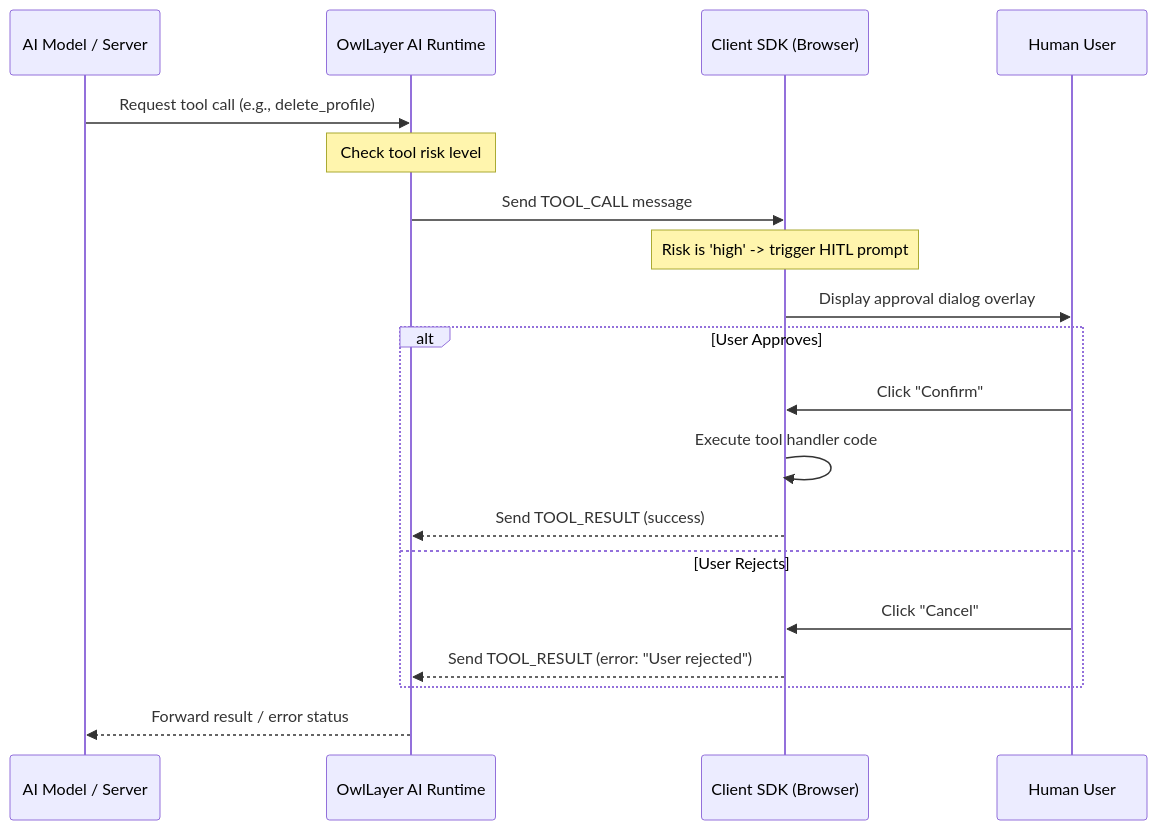
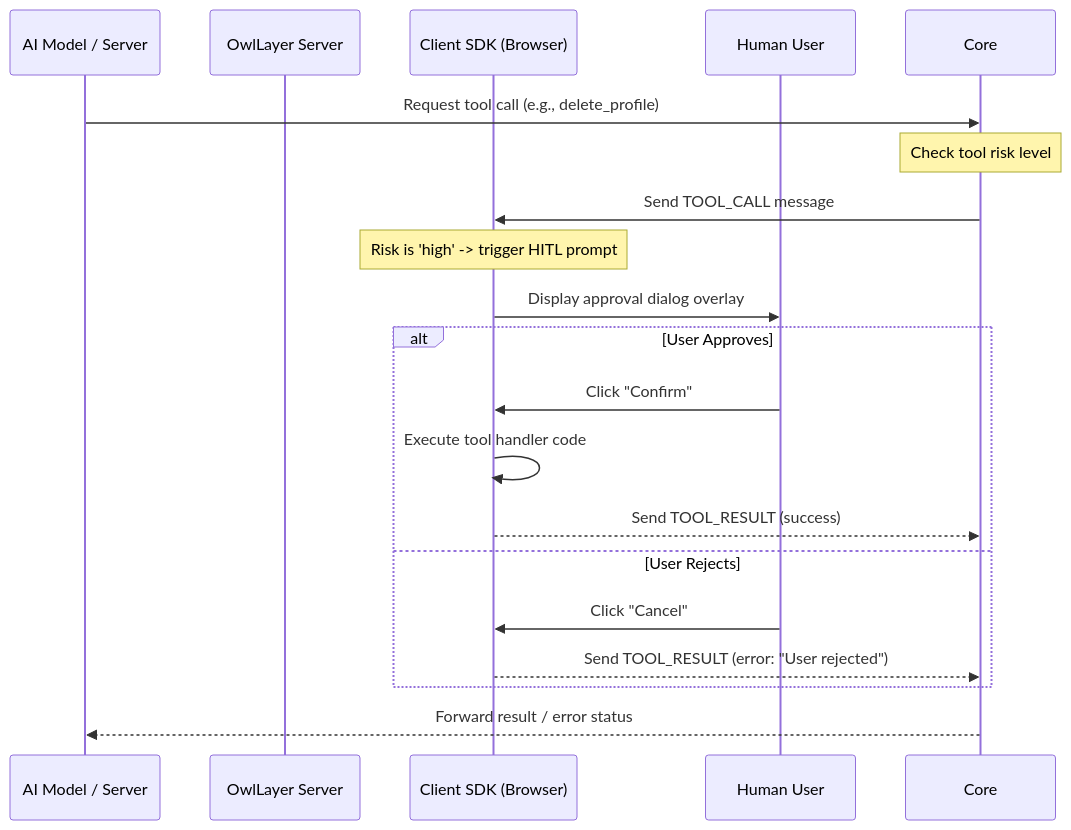
One commit to borisbob91/owllayer changed the diagram in docs-site/security-hitl.md. Above: the diagram before and after it, drawn with Mermaid. The commit also changed other lines of this file and 22 other files, not shown here.

Commit message:
docs(site): correct OwlLayer terminology

````diff
--- a/docs-site/security-hitl.md
+++ b/docs-site/security-hitl.md
@@ -11,24 +11,24 @@
 ```mermaid
 sequenceDiagram
     participant LLM as AI Model / Server
-    participant Core as OwlLayer AI Runtime
+    participant Server as OwlLayer Server
     participant SDK as Client SDK (Browser)
     participant User as Human User
 
     LLM->>Core: Request tool call (e.g., delete_profile)
     Note over Core: Check tool risk level
     Core->>SDK: Send TOOL_CALL message
     Note over SDK: Risk is 'high' -> trigger HITL prompt
     SDK->>User: Display approval dialog overlay
     
     alt User Approves
         User->>SDK: Click "Confirm"
         SDK->>SDK: Execute tool handler code
         SDK-->>Core: Send TOOL_RESULT (success)
     else User Rejects
         User->>SDK: Click "Cancel"
         SDK-->>Core: Send TOOL_RESULT (error: "User rejected")
     end
 
     Core-->>LLM: Forward result / error status
 ```
````
